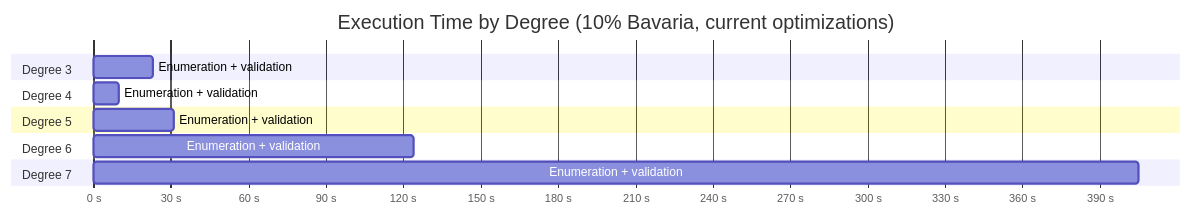
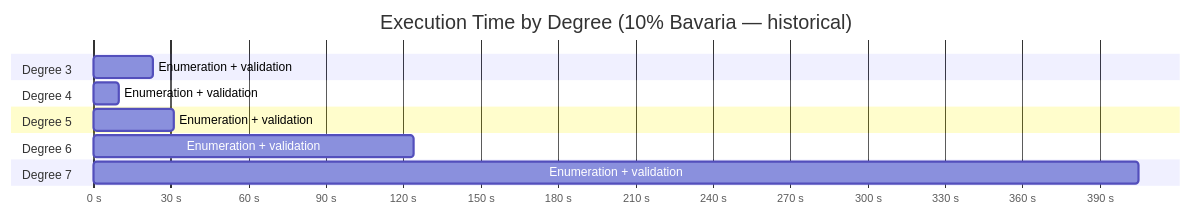
The eighth of 23 diagrams in contribs/drt-demand-extraction/docs/drt-demand-extraction-architecture.md (Chrigarr9/matsim-libs), drawn with Mermaid before and after one commit. The commit also changed other lines of this file, not shown here.

First line of the commit message:
docs: rewrite drt-demand-extraction-architecture.md to current code-truth

````diff
--- a/contribs/drt-demand-extraction/docs/drt-demand-extraction-architecture.md
+++ b/contribs/drt-demand-extraction/docs/drt-demand-extraction-architecture.md
@@ -485,21 +418,21 @@
 ```mermaid
 gantt
-    title Execution Time by Degree (10% Bavaria, current optimizations)
+    title Execution Time by Degree (10% Bavaria — historical)
     dateFormat X
     axisFormat %s s
 
     section Degree 3
     Enumeration + validation :0, 23
     
     section Degree 4
     Enumeration + validation :0, 10
     
     section Degree 5
     Enumeration + validation :0, 31
 
     section Degree 6
     Enumeration + validation :0, 124
 
     section Degree 7
     Enumeration + validation :0, 405
 ```
````
